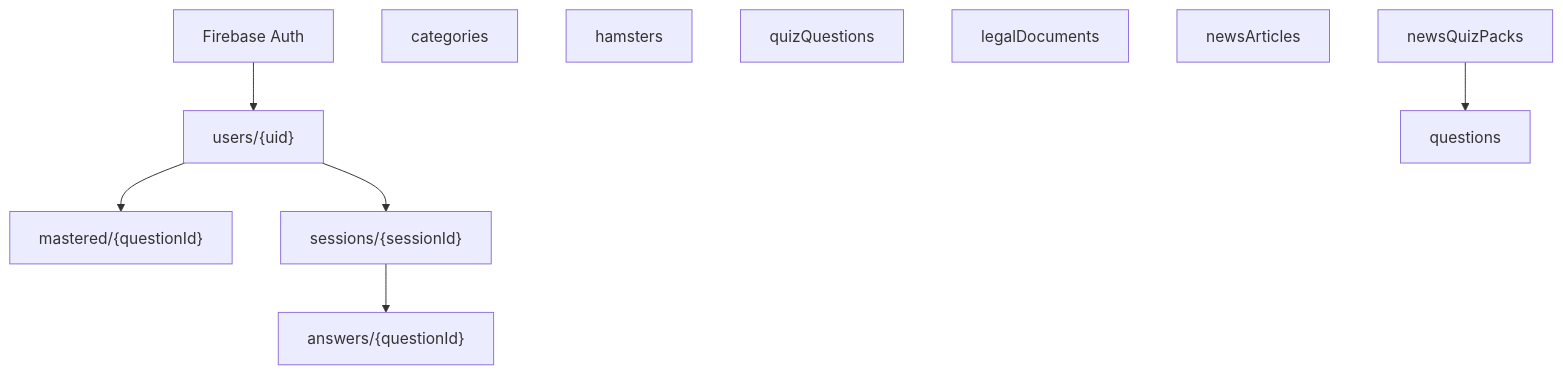
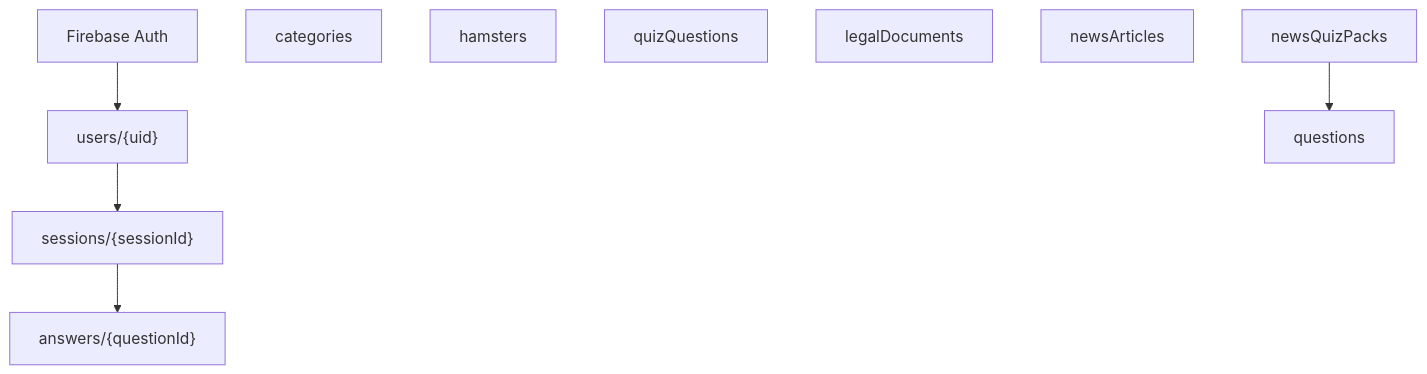
One commit to gayun829/hamfinz changed the diagram in docs/database/backend-schema.md. Above: the diagram before and after it, drawn with Mermaid. The commit also changed other lines of this file and 18 other files, not shown here.

````diff
--- a/docs/database/backend-schema.md
+++ b/docs/database/backend-schema.md
@@ -78,17 +77,16 @@
 ```mermaid
 flowchart TB
   auth[Firebase Auth]
   auth --> users["users/{uid}"]
-  users --> mastered["mastered/{questionId}"]
   users --> sessions["sessions/{sessionId}"]
   sessions --> answers["answers/{questionId}"]
 
   cats[categories]
   ham[hamsters]
   qs[quizQuestions]
   legal[legalDocuments]
 
   news[newsArticles]
   packs[newsQuizPacks]
   packs --> nq[questions]
 ```
````
